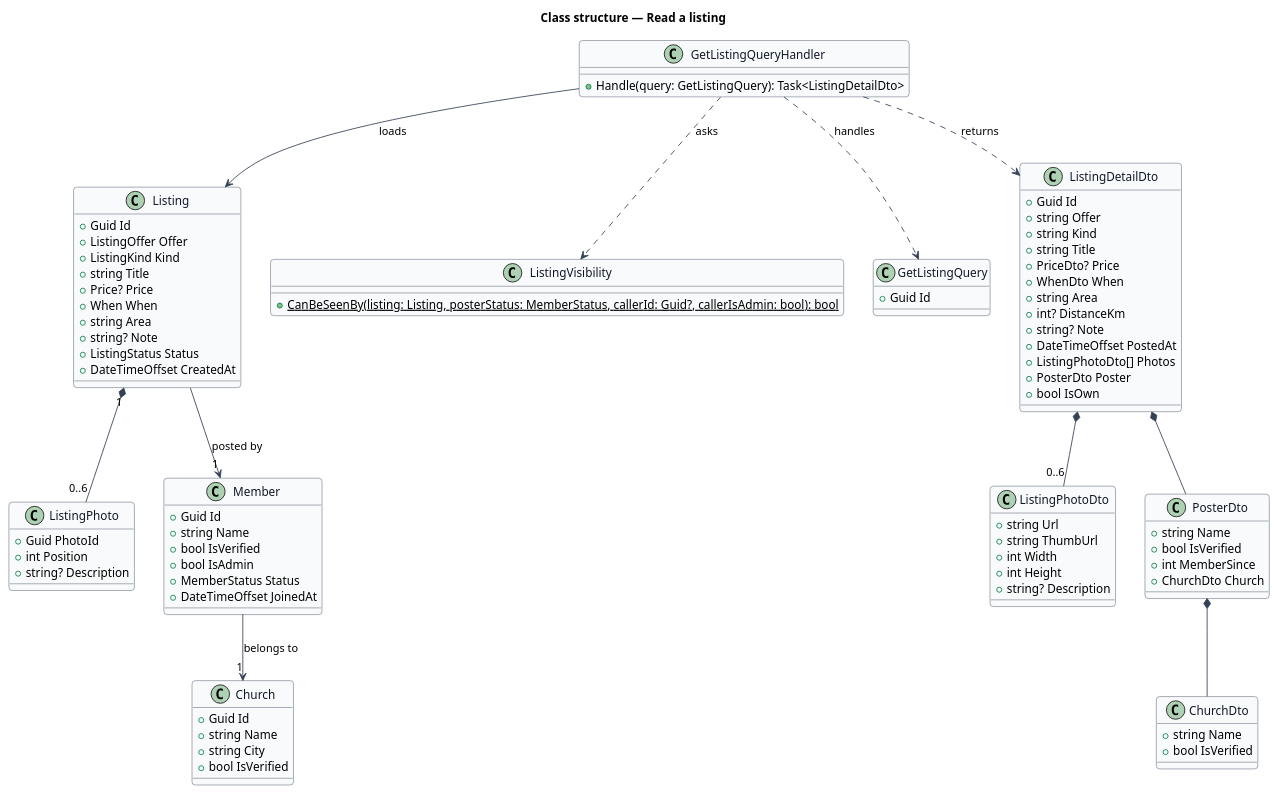
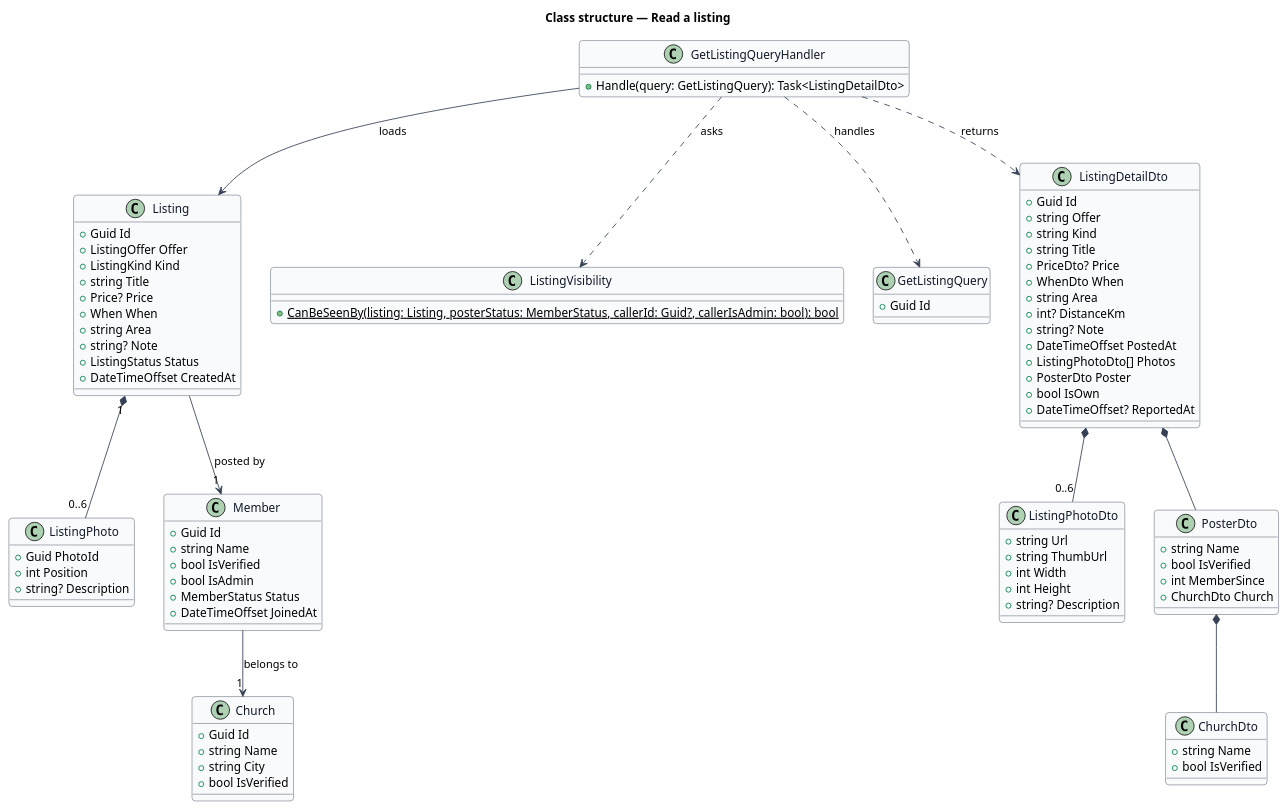
Before and after one commit to QuinntyneBrown/christian-rent: the diagram in docs/detailed-designs/listing/read-listing/diagrams/class-structure.puml, drawn with PlantUML. The commit also changed 14 other files, not shown here.

```diff
--- a/docs/detailed-designs/listing/read-listing/diagrams/class-structure.puml
+++ b/docs/detailed-designs/listing/read-listing/diagrams/class-structure.puml
@@ -1,98 +1,99 @@
 @startuml
 ' --- shared skin header ---
 skinparam backgroundColor #FFFFFF
 skinparam shadowing false
 skinparam roundcorner 8
 skinparam defaultFontName Arial
 skinparam ArrowColor #344054
 skinparam class {
   BorderColor #344054
   FontColor #101828
   BackgroundColor #F9FAFB
 }
 ' --------------------------
 title Class structure — Read a listing
 
 class Listing {
   +Guid Id
   +ListingOffer Offer
   +ListingKind Kind
   +string Title
   +Price? Price
   +When When
   +string Area
   +string? Note
   +ListingStatus Status
   +DateTimeOffset CreatedAt
 }
 class ListingPhoto {
   +Guid PhotoId
   +int Position
   +string? Description
 }
 class Member {
   +Guid Id
   +string Name
   +bool IsVerified
   +bool IsAdmin
   +MemberStatus Status
   +DateTimeOffset JoinedAt
 }
 class Church {
   +Guid Id
   +string Name
   +string City
   +bool IsVerified
 }
 class ListingVisibility {
   +{static} CanBeSeenBy(listing: Listing, posterStatus: MemberStatus, callerId: Guid?, callerIsAdmin: bool): bool
 }
 class GetListingQuery {
   +Guid Id
 }
 class GetListingQueryHandler {
   +Handle(query: GetListingQuery): Task<ListingDetailDto>
 }
 class ListingDetailDto {
   +Guid Id
   +string Offer
   +string Kind
   +string Title
   +PriceDto? Price
   +WhenDto When
   +string Area
   +int? DistanceKm
   +string? Note
   +DateTimeOffset PostedAt
   +ListingPhotoDto[] Photos
   +PosterDto Poster
   +bool IsOwn
+  +DateTimeOffset? ReportedAt
 }
 class ListingPhotoDto {
   +string Url
   +string ThumbUrl
   +int Width
   +int Height
   +string? Description
 }
 class PosterDto {
   +string Name
   +bool IsVerified
   +int MemberSince
   +ChurchDto Church
 }
 class ChurchDto {
   +string Name
   +bool IsVerified
 }
 Listing "1" *-- "0..6" ListingPhoto
 Listing --> "1" Member : posted by
 Member --> "1" Church : belongs to
 GetListingQueryHandler ..> GetListingQuery : handles
 GetListingQueryHandler ..> ListingVisibility : asks
 GetListingQueryHandler --> Listing : loads
 GetListingQueryHandler ..> ListingDetailDto : returns
 ListingDetailDto *-- PosterDto
 ListingDetailDto *-- "0..6" ListingPhotoDto
 PosterDto *-- ChurchDto
 @enduml
```
